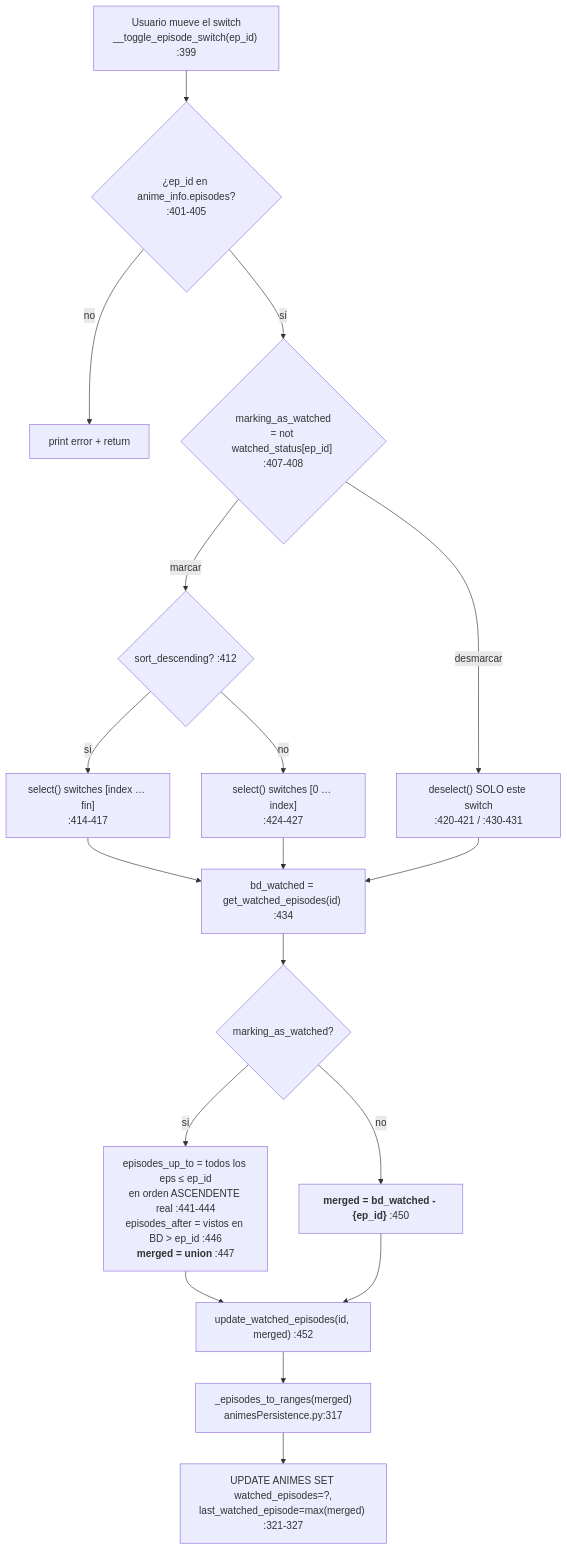
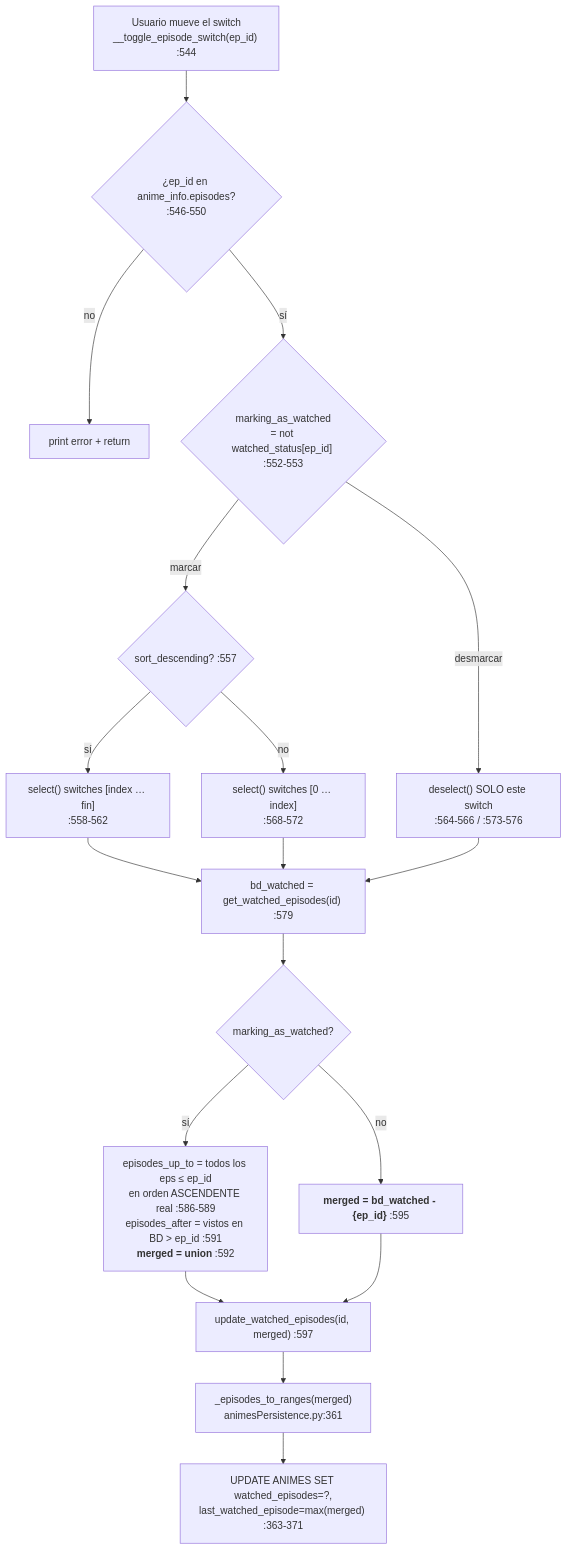
Before and after one commit to DavidEscri/BibliotecaAnime: the fifth of 10 diagrams in .claude/docs/03-flujos-de-ejecucion.md, drawn with Mermaid. The commit also changed other lines of this file and 15 other files, not shown here.

````diff
--- a/.claude/docs/03-flujos-de-ejecucion.md
+++ b/.claude/docs/03-flujos-de-ejecucion.md
@@ -198,25 +198,25 @@
 ```mermaid
 flowchart TD
-    A["Usuario mueve el switch<br/>__toggle_episode_switch(ep_id) :399"] --> B{"¿ep_id en anime_info.episodes?<br/>:401-405"}
+    A["Usuario mueve el switch<br/>__toggle_episode_switch(ep_id) :544"] --> B{"¿ep_id en anime_info.episodes?<br/>:546-550"}
     B -->|no| B2["print error + return"]
-    B -->|sí| C{"marking_as_watched<br/>= not watched_status[ep_id] :407-408"}
+    B -->|sí| C{"marking_as_watched<br/>= not watched_status[ep_id] :552-553"}
 
-    C -->|marcar| D{"sort_descending? :412"}
-    D -->|sí| D1["select() switches [index … fin]<br/>:414-417"]
-    D -->|no| D2["select() switches [0 … index]<br/>:424-427"]
+    C -->|marcar| D{"sort_descending? :557"}
+    D -->|sí| D1["select() switches [index … fin]<br/>:558-562"]
+    D -->|no| D2["select() switches [0 … index]<br/>:568-572"]
 
-    C -->|desmarcar| E["deselect() SOLO este switch<br/>:420-421 / :430-431"]
+    C -->|desmarcar| E["deselect() SOLO este switch<br/>:564-566 / :573-576"]
 
-    D1 --> F["bd_watched = get_watched_episodes(id) :434"]
+    D1 --> F["bd_watched = get_watched_episodes(id) :579"]
     D2 --> F
     E --> F
 
     F --> G{"marking_as_watched?"}
-    G -->|sí| H["episodes_up_to = todos los eps ≤ ep_id<br/>en orden ASCENDENTE real :441-444<br/>episodes_after = vistos en BD > ep_id :446<br/><b>merged = union</b> :447"]
-    G -->|no| I["<b>merged = bd_watched - {ep_id}</b> :450"]
+    G -->|sí| H["episodes_up_to = todos los eps ≤ ep_id<br/>en orden ASCENDENTE real :586-589<br/>episodes_after = vistos en BD > ep_id :591<br/><b>merged = union</b> :592"]
+    G -->|no| I["<b>merged = bd_watched - {ep_id}</b> :595"]
 
-    H --> J["update_watched_episodes(id, merged) :452"]
+    H --> J["update_watched_episodes(id, merged) :597"]
     I --> J
-    J --> K["_episodes_to_ranges(merged)<br/>animesPersistence.py:317"]
-    K --> L["UPDATE ANIMES SET watched_episodes=?,<br/>last_watched_episode=max(merged) :321-327"]
+    J --> K["_episodes_to_ranges(merged)<br/>animesPersistence.py:361"]
+    K --> L["UPDATE ANIMES SET watched_episodes=?,<br/>last_watched_episode=max(merged) :363-371"]
 ```
````
